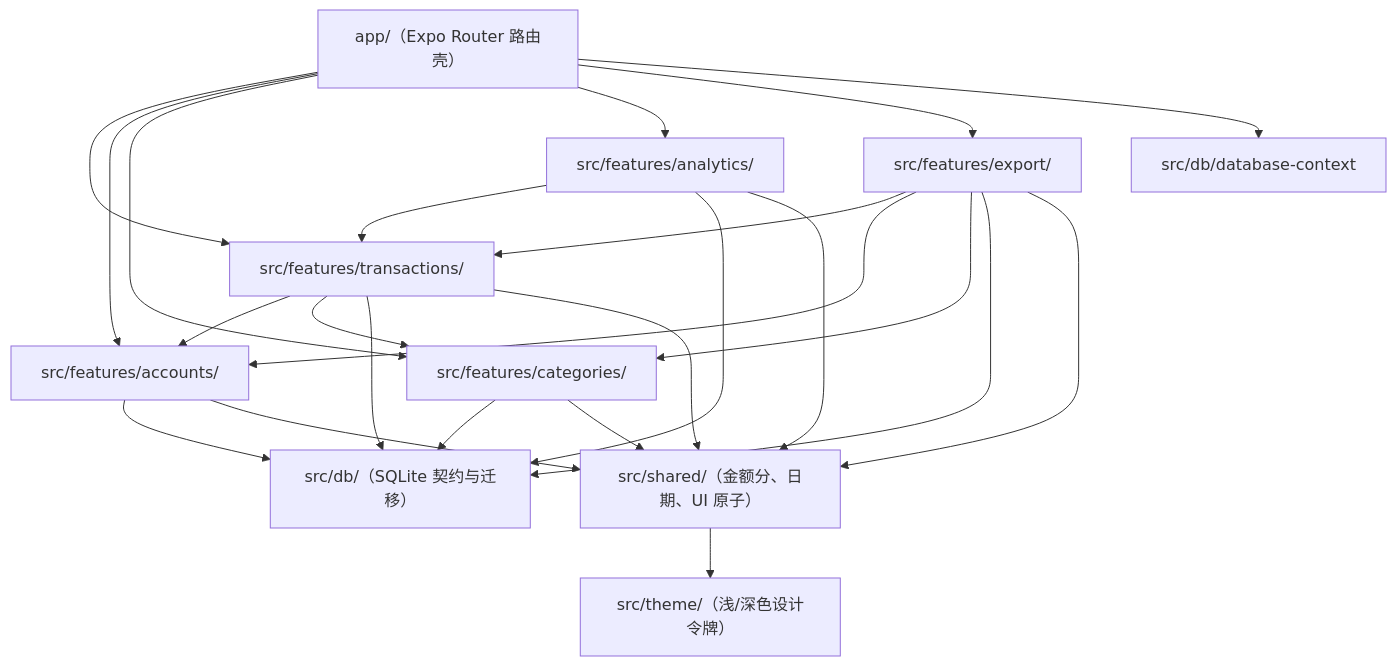
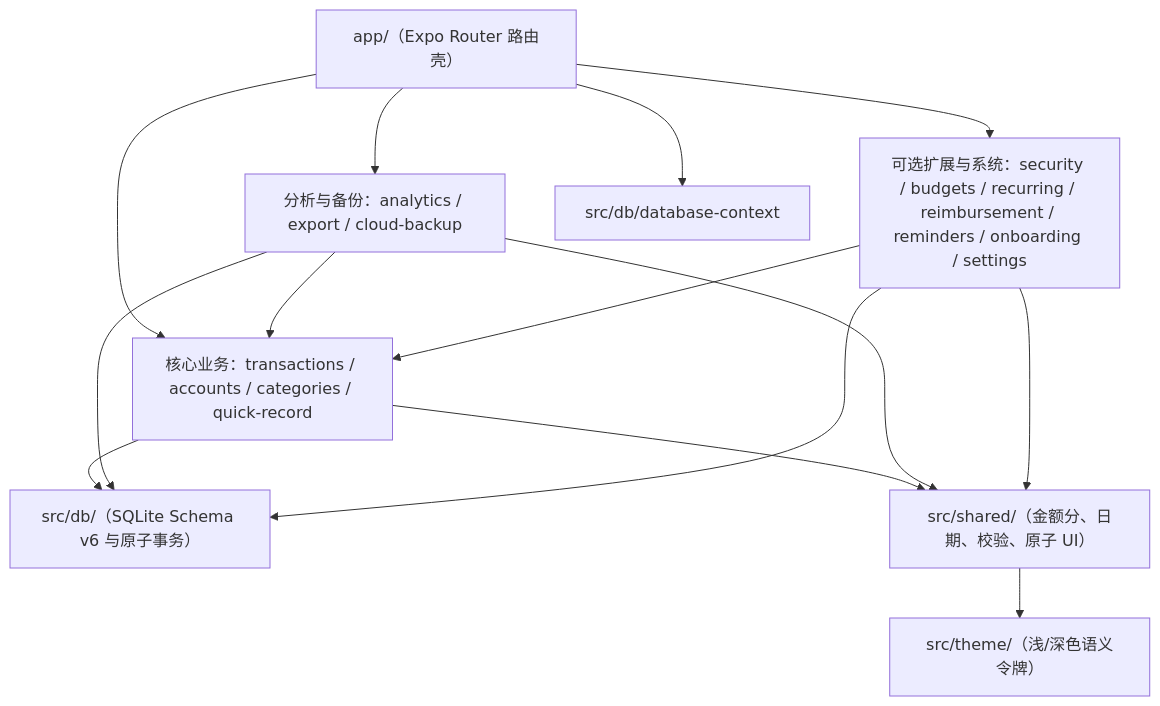
One commit to zerobiubiu/ZeroTally changed the first of 2 diagrams in README.md. Above: the diagram before and after it, drawn with Mermaid. The commit also changed other lines of this file, not shown here.

````diff
--- a/README.md
+++ b/README.md
@@ -133,29 +155,18 @@
 ```mermaid
 flowchart TD
-  App["app/（Expo Router 路由壳）"] --> Tx["src/features/transactions/"]
-  App --> Acc["src/features/accounts/"]
-  App --> Cat["src/features/categories/"]
-  App --> Ana["src/features/analytics/"]
-  App --> Exp["src/features/export/"]
+  App["app/（Expo Router 路由壳）"] --> Core["核心业务：transactions / accounts / categories / quick-record"]
+  App --> Insights["分析与备份：analytics / export / cloud-backup"]
+  App --> Addons["可选扩展与系统：security / budgets / recurring / reimbursement / reminders / onboarding / settings"]
   App --> DbCtx["src/db/database-context"]
 
-  Tx --> Acc
-  Tx --> Cat
-  Ana --> Tx
-  Exp --> Tx
-  Exp --> Acc
-  Exp --> Cat
+  Core --> Db["src/db/（SQLite Schema v6 与原子事务）"]
+  Insights --> Core
+  Insights --> Db
+  Addons --> Core
+  Addons --> Db
 
-  Tx --> Db["src/db/（SQLite 契约与迁移）"]
-  Acc --> Db
-  Cat --> Db
-  Ana --> Db
-  Exp --> Db
-
-  Tx --> Shared["src/shared/（金额分、日期、UI 原子）"]
-  Acc --> Shared
-  Cat --> Shared
-  Ana --> Shared
-  Exp --> Shared
-  Shared --> Theme["src/theme/（浅/深色设计令牌）"]
+  Core --> Shared["src/shared/（金额分、日期、校验、原子 UI）"]
+  Insights --> Shared
+  Addons --> Shared
+  Shared --> Theme["src/theme/（浅/深色语义令牌）"]
 ```
````
